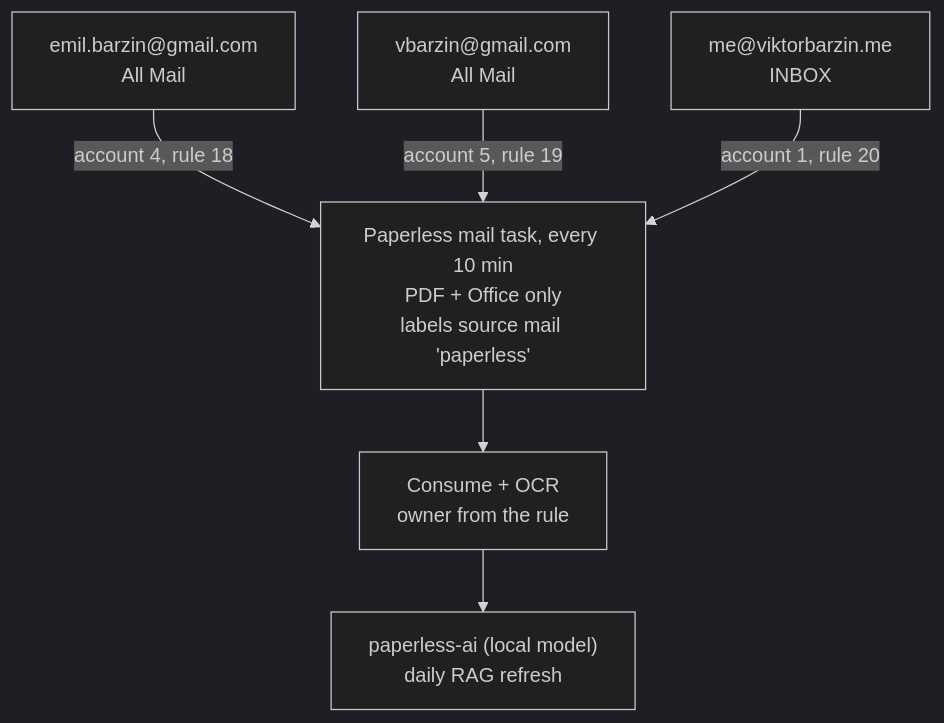
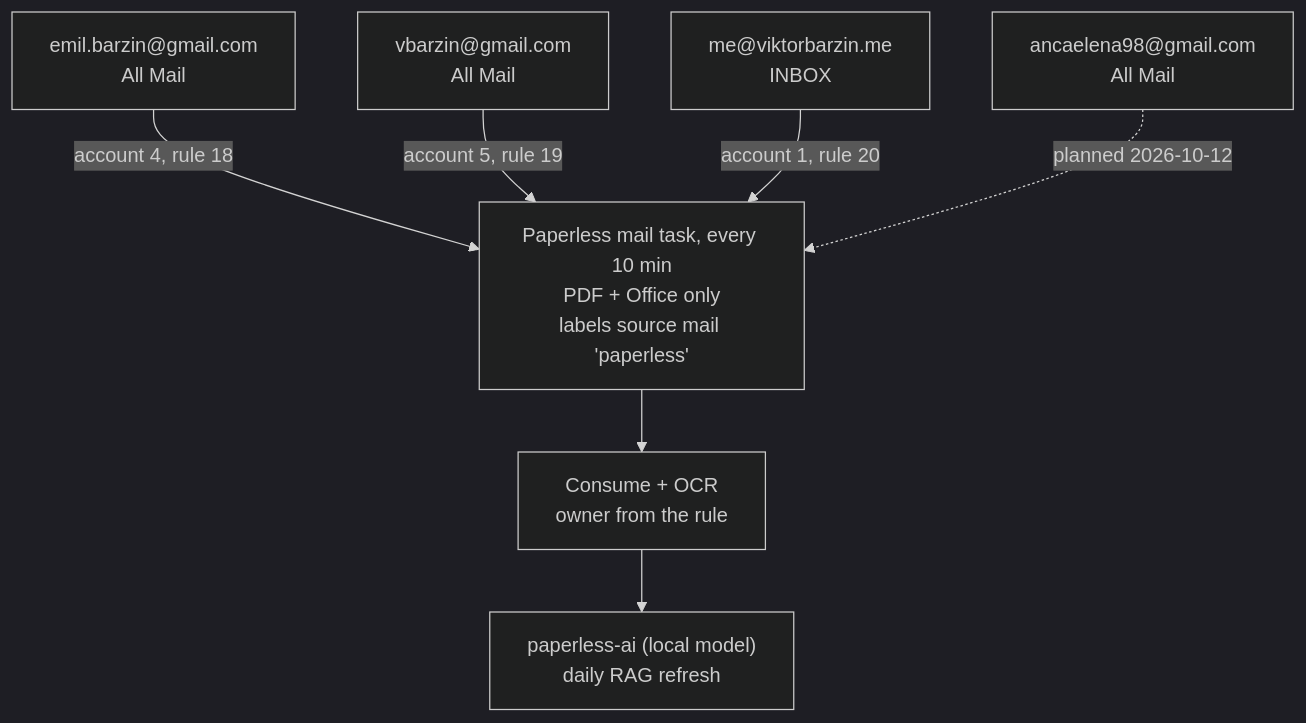
Before and after one commit to ViktorBarzin/infra: the diagram in docs/adr/0029-paperless-polls-mailboxes-directly.md, drawn with Mermaid (dark theme). The commit also changed other lines of this file and 2 other files, not shown here.

First line of the commit message:
paperless docs: add Anca's Gmail to the mailbox poll plan, note email-backfill tag is gone

````diff
--- a/docs/adr/0029-paperless-polls-mailboxes-directly.md
+++ b/docs/adr/0029-paperless-polls-mailboxes-directly.md
@@ -52,8 +52,9 @@
 ```mermaid
 flowchart TD
   EG["emil.barzin@gmail.com<br/>All Mail"] -->|"account 4, rule 18"| P
   VG["vbarzin@gmail.com<br/>All Mail"] -->|"account 5, rule 19"| P
   ME["me@viktorbarzin.me<br/>INBOX"] -->|"account 1, rule 20"| P
+  AG["ancaelena98@gmail.com<br/>All Mail"] -.->|"planned 2026-10-12"| P
   P["Paperless mail task, every 10 min<br/>PDF + Office only<br/>labels source mail 'paperless'"] --> C["Consume + OCR<br/>owner from the rule"]
   C --> AI["paperless-ai (local model)<br/>daily RAG refresh"]
 ```
````
